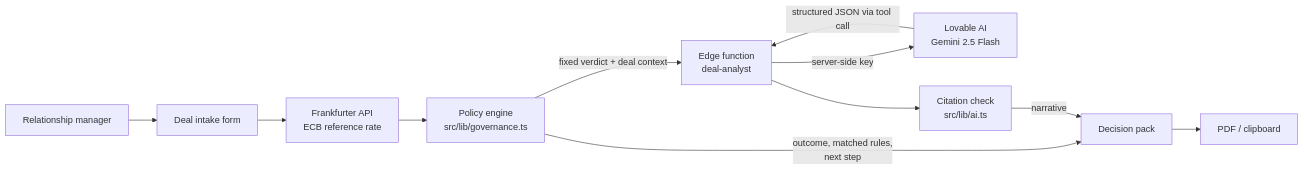
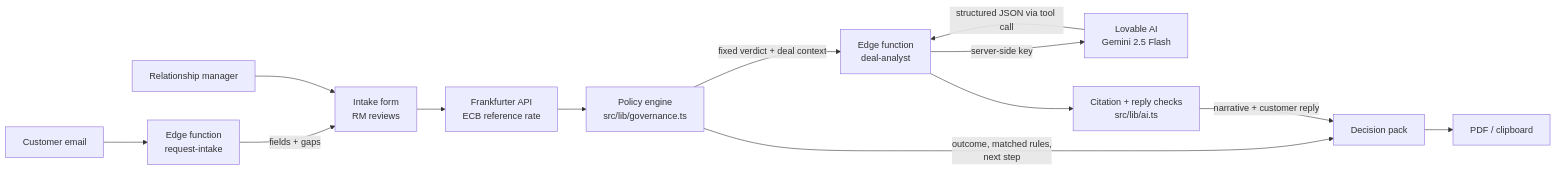
One commit to cduffy67/fx-deal-genius changed the diagram in README.md. Above: the diagram before and after it, drawn with Mermaid. The commit also changed other lines of this file and 1 other file, not shown here.

First line of the commit message:
Eval results for email intake and replies; README update

````diff
--- a/README.md
+++ b/README.md
@@ -64,13 +86,15 @@
 ```mermaid
 flowchart LR
-    RM[Relationship manager] --> Form[Deal intake form]
+    Email[Customer email] --> Intake[Edge function<br/>request-intake]
+    Intake -->|fields + gaps| Form[Intake form<br/>RM reviews]
+    RM[Relationship manager] --> Form
     Form --> FX[Frankfurter API<br/>ECB reference rate]
     FX --> Engine[Policy engine<br/>src/lib/governance.ts]
     Engine -->|outcome, matched rules,<br/>next step| Pack[Decision pack]
     Engine -->|fixed verdict + deal context| Edge[Edge function<br/>deal-analyst]
     Edge -->|server-side key| LLM[Lovable AI<br/>Gemini 2.5 Flash]
     LLM -->|structured JSON via tool call| Edge
-    Edge --> Guard[Citation check<br/>src/lib/ai.ts]
-    Guard -->|narrative| Pack
+    Edge --> Guard[Citation + reply checks<br/>src/lib/ai.ts]
+    Guard -->|narrative + customer reply| Pack
     Pack --> Export[PDF / clipboard]
 ```
````
